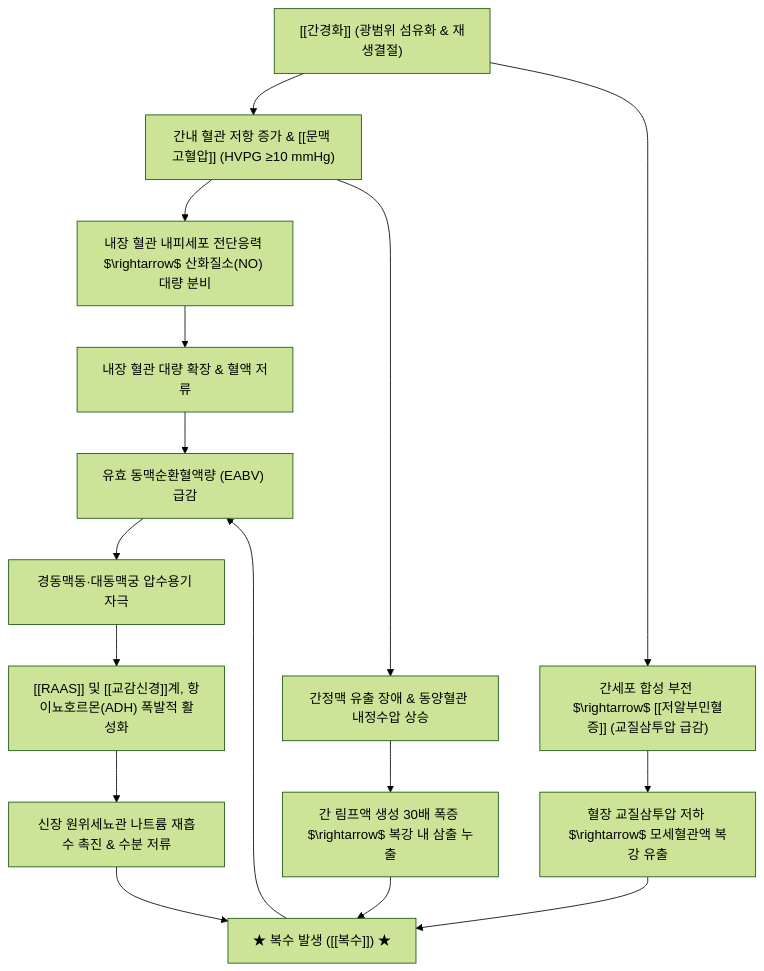
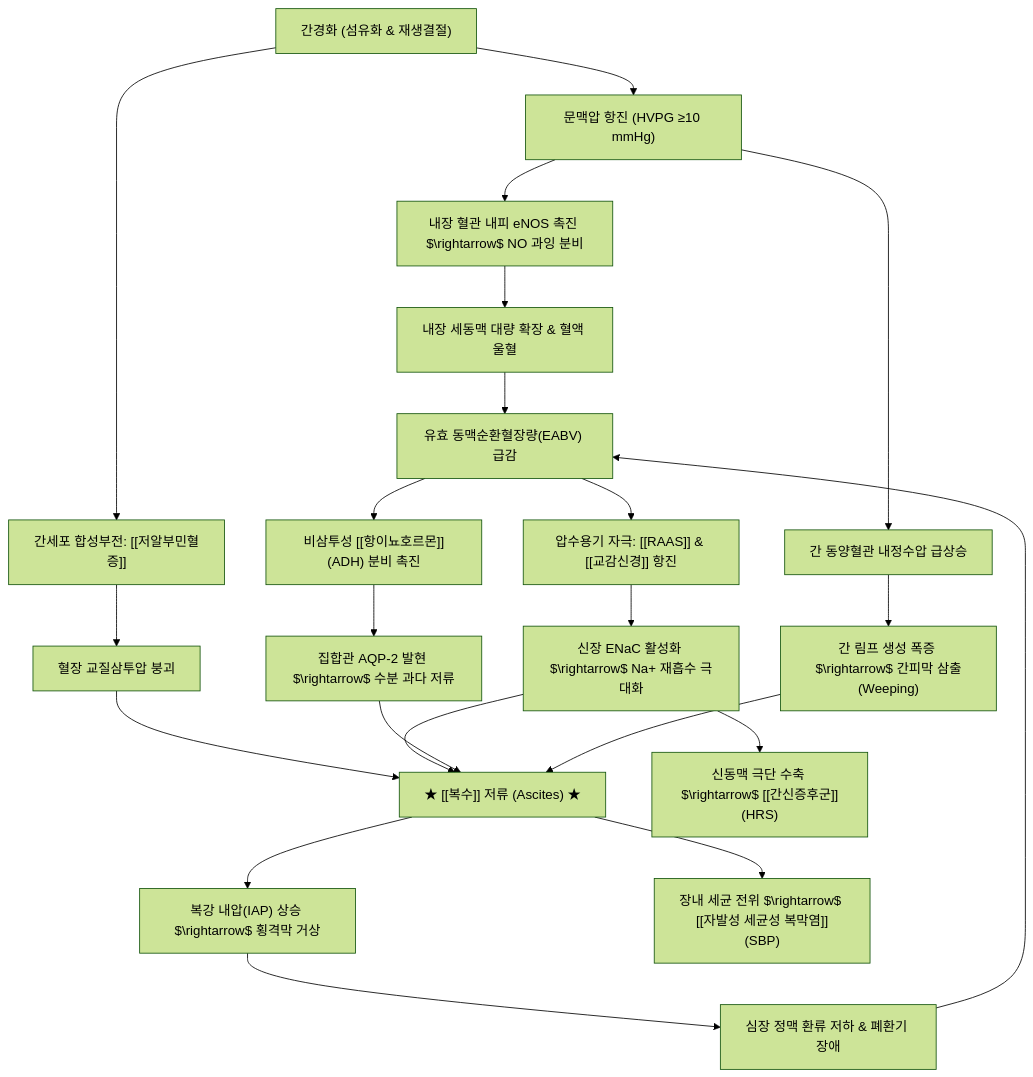
One commit to simbio11/simbio-digital-garden2 changed the diagram in content/3. 이론 공부/질환/간 질환/간경변·섬유증/복수.md. Above: the diagram before and after it, drawn with Mermaid (forest theme). The commit also changed other lines of this file and 147 other files, not shown here.

````diff
--- a/content/3. 이론 공부/질환/간 질환/간경변·섬유증/복수.md
+++ b/content/3. 이론 공부/질환/간 질환/간경변·섬유증/복수.md
@@ -64,18 +136,24 @@
 ```mermaid
 graph TD
-    Cirrhosis["[[간경화]] (광범위 섬유화 & 재생결절)"] --> PortalHTN["간내 혈관 저항 증가 & [[문맥 고혈압]] (HVPG ≥10 mmHg)"]
-    Cirrhosis --> Hypoalbumin["간세포 합성 부전 $\rightarrow$ [[저알부민혈증]] (교질삼투압 급감)"]
-    PortalHTN --> SplanchnicNO["내장 혈관 내피세포 전단응력 $\rightarrow$ 산화질소(NO) 대량 분비"]
-    SplanchnicNO --> SplanchnicVaso["내장 혈관 대량 확장 & 혈액 저류"]
-    SplanchnicVaso --> DecrEABV["유효 동맥순환혈액량 (EABV) 급감"]
-    DecrEABV --> Baroreceptors["경동맥동·대동맥궁 압수용기 자극"]
-    Baroreceptors --> RAAS_SNS["[[RAAS]] 및 [[교감신경]]계, 항이뇨호르몬(ADH) 폭발적 활성화"]
-    RAAS_SNS --> RenalNa["신장 원위세뇨관 나트륨 재흡수 촉진 & 수분 저류"]
-    PortalHTN --> SinusoidHydro["간정맥 유출 장애 & 동양혈관 내정수압 상승"]
-    SinusoidHydro --> LymphWeep["간 림프액 생성 30배 폭증 $\rightarrow$ 복강 내 삼출 누출"]
-    Hypoalbumin --> CapillaryLeak["혈장 교질삼투압 저하 $\rightarrow$ 모세혈관액 복강 유출"]
-    RenalNa --> Ascites["★ 복수 발생 ([[복수]]) ★"]
-    LymphWeep --> Ascites
-    CapillaryLeak --> Ascites
-    Ascites --> DecrEABV
+    Cirrhosis["간경화 (섬유화 & 재생결절)"] --> PortalHTN["문맥압 항진 (HVPG ≥10 mmHg)"]
+    Cirrhosis --> HypoAlb["간세포 합성부전: [[저알부민혈증]]"]
+    PortalHTN --> NO_Release["내장 혈관 내피 eNOS 촉진 $\rightarrow$ NO 과잉 분비"]
+    NO_Release --> SplanchnicVaso["내장 세동맥 대량 확장 & 혈액 울혈"]
+    SplanchnicVaso --> DecrEABV["유효 동맥순환혈장량(EABV) 급감"]
+    DecrEABV --> Baro["압수용기 자극: [[RAAS]] & [[교감신경]] 항진"]
+    DecrEABV --> ADH["비삼투성 [[항이뇨호르몬]](ADH) 분비 촉진"]
+    Baro --> RenalNa["신장 ENaC 활성화 $\rightarrow$ Na+ 재흡수 극대화"]
+    ADH --> WaterRet["집합관 AQP-2 발현 $\rightarrow$ 수분 과다 저류"]
+    PortalHTN --> SinusoidHydro["간 동양혈관 내정수압 급상승"]
+    SinusoidHydro --> LymphExcess["간 림프 생성 폭증 $\rightarrow$ 간피막 삼출(Weeping)"]
+    HypoAlb --> LowOncotic["혈장 교질삼투압 붕괴"]
+    LowOncotic --> Ascites["★ [[복수]] 저류 (Ascites) ★"]
+    RenalNa --> Ascites
+    WaterRet --> Ascites
+    LymphExcess --> Ascites
+    Ascites --> AbdoPress["복강 내압(IAP) 상승 $\rightarrow$ 횡격막 거상"]
+    AbdoPress --> Cardiopulm["심장 정맥 환류 저하 & 폐환기 장애"]
+    Cardiopulm --> DecrEABV
+    RenalNa --> HRS["신동맥 극단 수축 $\rightarrow$ [[간신증후군]](HRS)"]
+    Ascites --> SBP["장내 세균 전위 $\rightarrow$ [[자발성 세균성 복막염]](SBP)"]
 ```
````
